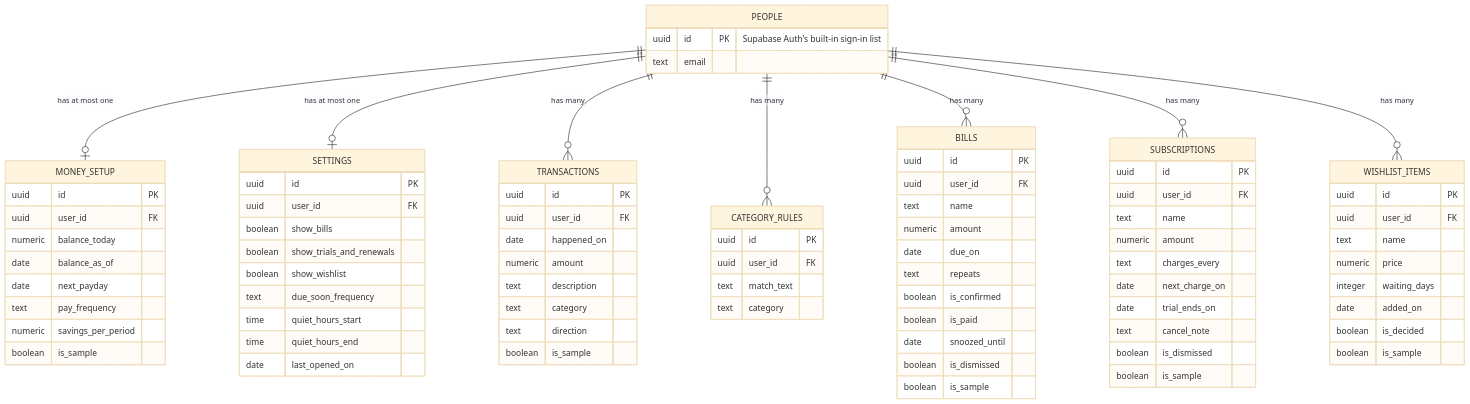
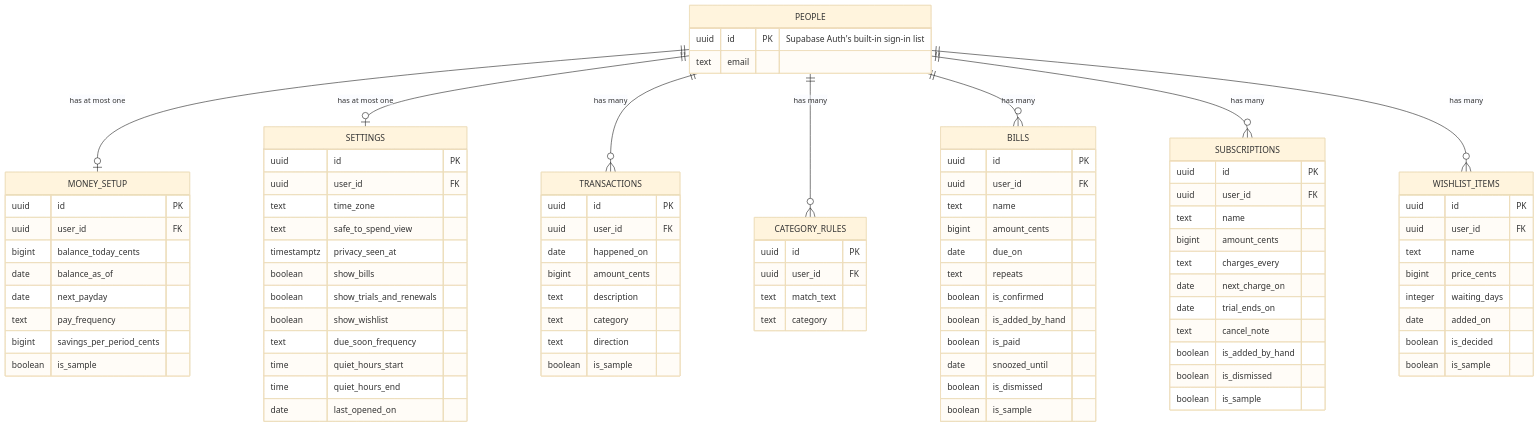
Before and after one commit to this-is-really-lily/Week-3-ADHD-Budgeting-App: the diagram in docs/database-diagram.md, drawn with Mermaid (base theme). The commit also changed other lines of this file and 2 other files, not shown here.

Commit message:
feat: update database design for Nov 24 decisions
- Store money as whole USD cents (bigint, *_cents columns).
- Add settings.time_zone, settings.safe_to_spend_view (default per_day)
  and settings.privacy_seen_at.
- Add is_added_by_hand to bills and subscriptions, so found items are
  dismissed and hand-added items can be deleted.
- wishlist_items.added_on is set by the server in the person's time
  zone instead of defaulting to the database clock.
- Update the design doc, assumptions, and diagram to match.

The migration has still not been run against Supabase.

```diff
--- a/docs/database-diagram.md
+++ b/docs/database-diagram.md
@@ -19,16 +22,19 @@
     MONEY_SETUP {
         uuid id PK
         uuid user_id FK
-        numeric balance_today
+        bigint balance_today_cents
         date balance_as_of
         date next_payday
         text pay_frequency
-        numeric savings_per_period
+        bigint savings_per_period_cents
         boolean is_sample
     }
     SETTINGS {
         uuid id PK
         uuid user_id FK
+        text time_zone
+        text safe_to_spend_view
+        timestamptz privacy_seen_at
         boolean show_bills
         boolean show_trials_and_renewals
         boolean show_wishlist
@@ -41,7 +47,7 @@
         uuid id PK
         uuid user_id FK
         date happened_on
-        numeric amount
+        bigint amount_cents
         text description
         text category
         text direction
@@ -57,10 +63,11 @@
         uuid id PK
         uuid user_id FK
         text name
-        numeric amount
+        bigint amount_cents
         date due_on
         text repeats
         boolean is_confirmed
+        boolean is_added_by_hand
         boolean is_paid
         date snoozed_until
         boolean is_dismissed
@@ -70,11 +77,12 @@
         uuid id PK
         uuid user_id FK
         text name
-        numeric amount
+        bigint amount_cents
         text charges_every
         date next_charge_on
         date trial_ends_on
         text cancel_note
+        boolean is_added_by_hand
         boolean is_dismissed
         boolean is_sample
     }
@@ -82,7 +90,7 @@
         uuid id PK
         uuid user_id FK
         text name
-        numeric price
+        bigint price_cents
         integer waiting_days
         date added_on
         boolean is_decided
```
